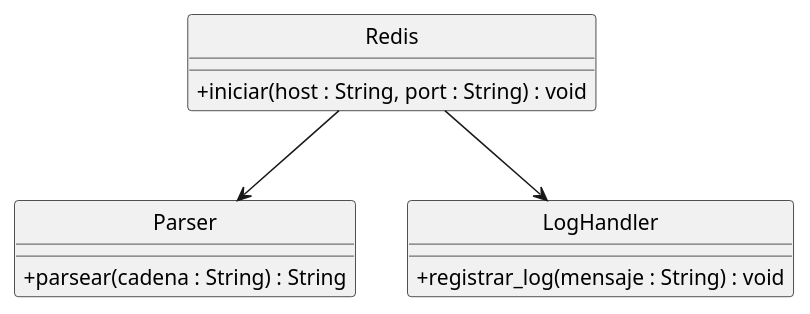
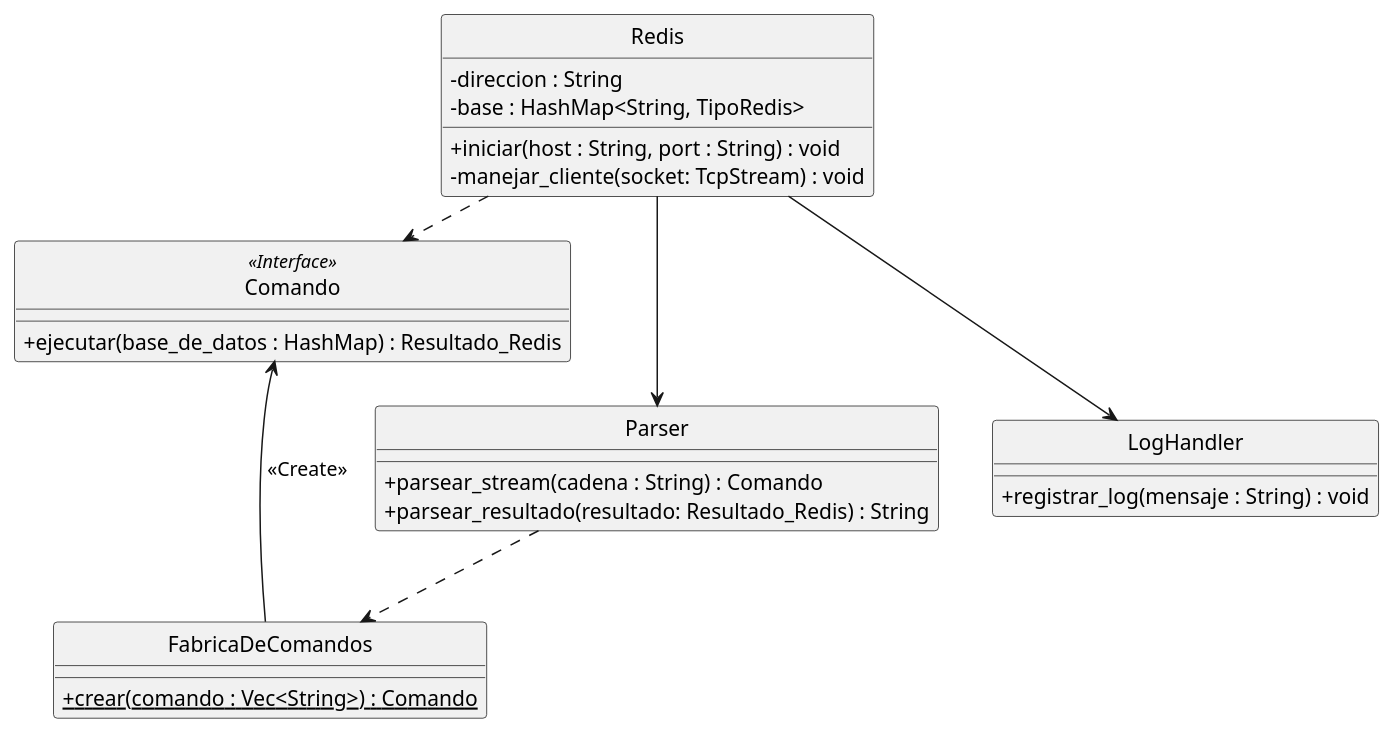
One commit to SantiValdezUlzurrun/21C1-Rusticos2 changed the diagram in Diagramas/clases.plantuml. Above: the diagram before and after it, drawn with PlantUML. The commit also changed 20 other files, not shown here.

```diff
--- a/Diagramas/clases.plantuml
+++ b/Diagramas/clases.plantuml
@@ -1,21 +1,38 @@
 @startuml
 hide circle
 skinparam classAttributeIconSize 0
 skinparam monochrome true
 
 class Redis {
+	-direccion : String
+	-base : HashMap<String, TipoRedis>
 	+iniciar(host : String, port : String) : void
+	-manejar_cliente(socket: TcpStream) : void
 }
 
 class Parser {
-	+parsear(cadena : String) : String
+	+parsear_stream(cadena : String) : Comando
+	+parsear_resultado(resultado: Resultado_Redis) : String
 }
 
 class LogHandler {
 	+registrar_log(mensaje : String) : void
 }
 
+class Comando {
+	+ejecutar(base_de_datos : HashMap) : Resultado_Redis
+}
+
+class FabricaDeComandos {
+	{static} +crear(comando : Vec<String>) : Comando
+}
+
+
+Comando <<Interface>>
 Redis --> Parser
 Redis --> LogHandler
+Parser ..> FabricaDeComandos
+FabricaDeComandos -left-> Comando : <<Create>>
+Redis .right.> Comando
 
 @enduml
```
